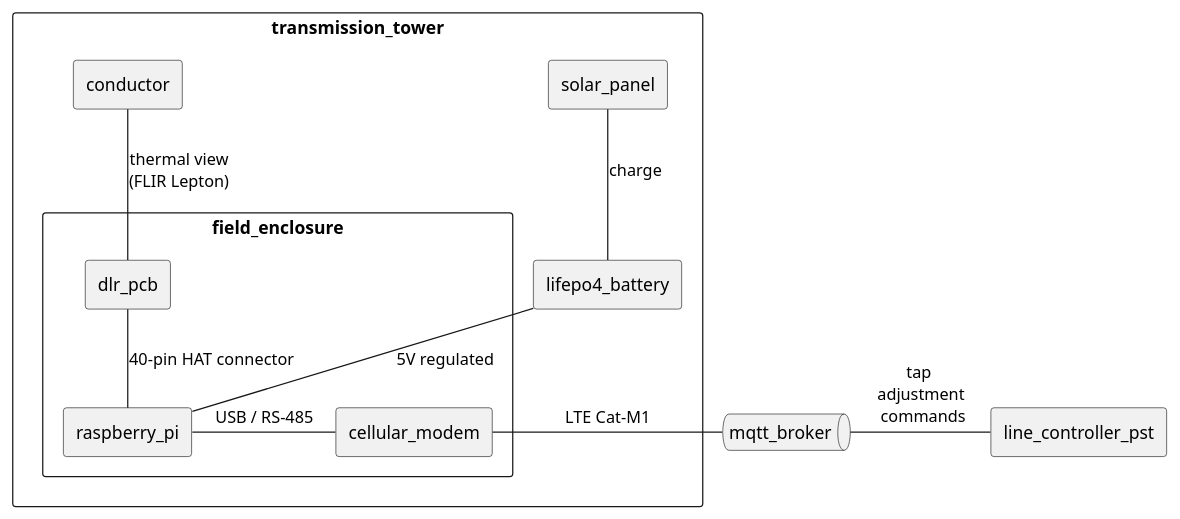
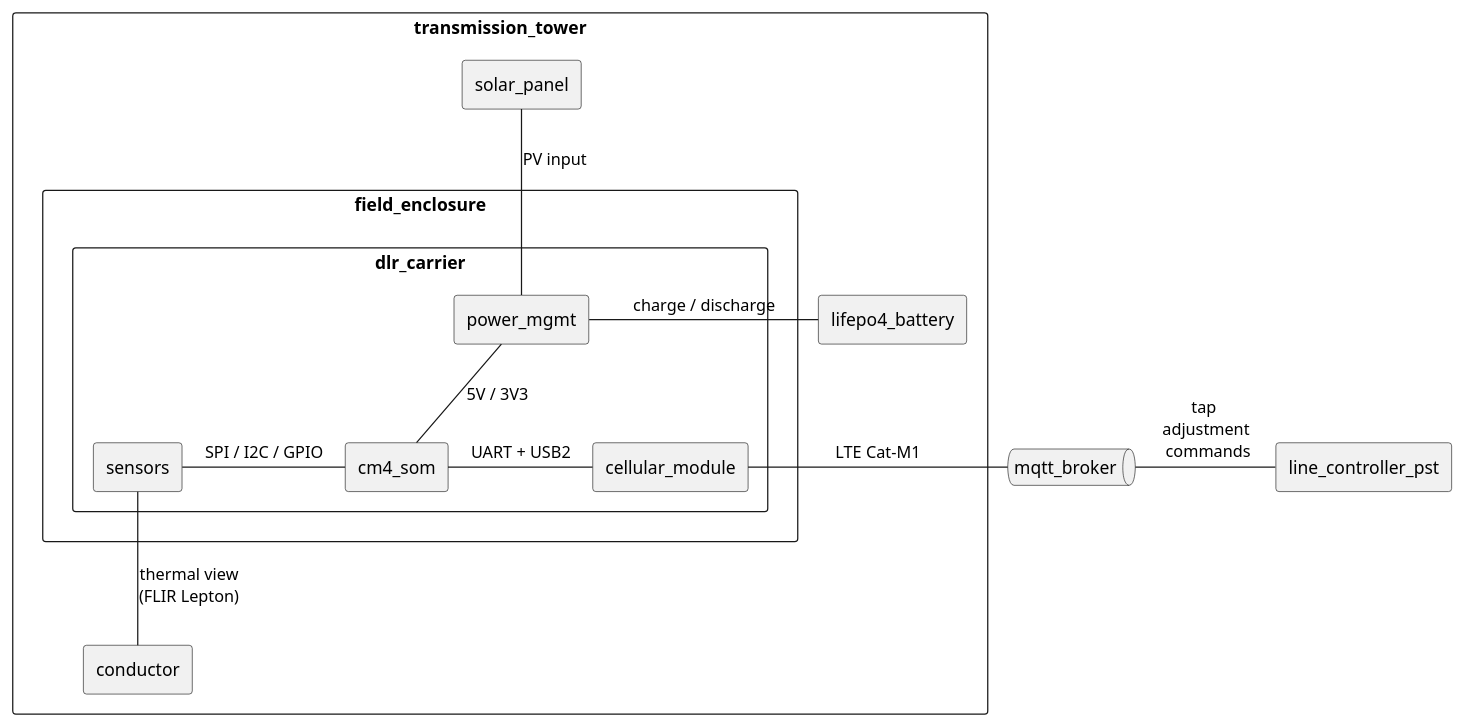
One commit to arcnode-io/ems-line-controller-dlr-pcb changed the first of 3 diagrams in readme.md. Above: the diagram before and after it, drawn with PlantUML. The commit also changed other lines of this file and 81 other files, not shown here.

First line of the commit message:
🔌 feat: pivot to single-PCB DLR carrier (CM4 + cellular)

````diff
--- a/readme.md
+++ b/readme.md
@@ -18,23 +17,27 @@
 ```plantuml
 rectangle transmission_tower {
   rectangle field_enclosure {
-    rectangle dlr_pcb
-    rectangle raspberry_pi
-    rectangle cellular_modem
+    rectangle dlr_carrier {
+      rectangle cm4_som
+      rectangle cellular_module
+      rectangle sensors
+      rectangle power_mgmt
+    }
   }
   rectangle solar_panel
   rectangle lifepo4_battery
   rectangle conductor
 }
 
 queue mqtt_broker
 rectangle line_controller_pst
 
-solar_panel -d- lifepo4_battery: charge
-lifepo4_battery -d- raspberry_pi: 5V regulated
-conductor -d- dlr_pcb: thermal view\n(FLIR Lepton)
-dlr_pcb -d- raspberry_pi: 40-pin HAT connector
-raspberry_pi -r- cellular_modem: USB / RS-485
-cellular_modem -r- mqtt_broker: LTE Cat-M1
+solar_panel -d- power_mgmt: PV input
+power_mgmt -l- lifepo4_battery: charge / discharge
+power_mgmt -d- cm4_som: 5V / 3V3
+conductor -u- sensors: thermal view\n(FLIR Lepton)
+sensors -r- cm4_som: SPI / I2C / GPIO
+cm4_som -r- cellular_module: UART + USB2
+cellular_module -r- mqtt_broker: LTE Cat-M1
 mqtt_broker -r- line_controller_pst: tap \n adjustment \n commands
 ```
````
